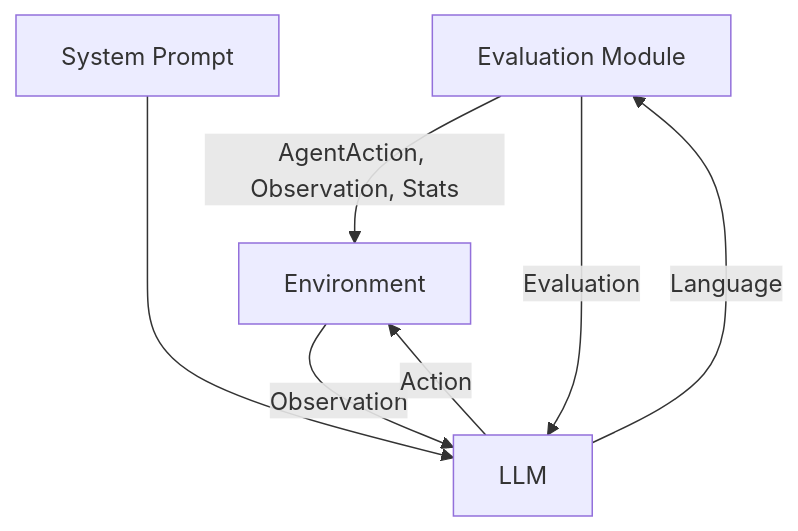
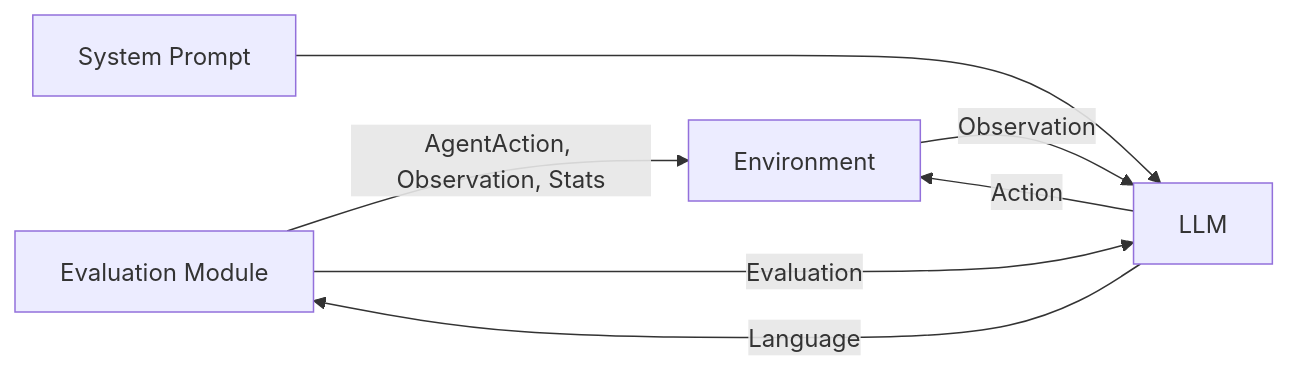
The diagram in README.md (akvachan/SR-LLM), drawn with Mermaid before and after one commit.

````diff
--- a/README.md
+++ b/README.md
@@ -4,9 +4,9 @@
 ```mermaid
-graph TB
+graph LR
     A[Evaluation Module] -- AgentAction, Observation, Stats --> B[Environment]
     B -- Observation --> C[LLM]
     C -- Action --> B
     D[System Prompt] ---> C
     A -- Evaluation --> C
     C -- Language --> A
 ```
````
